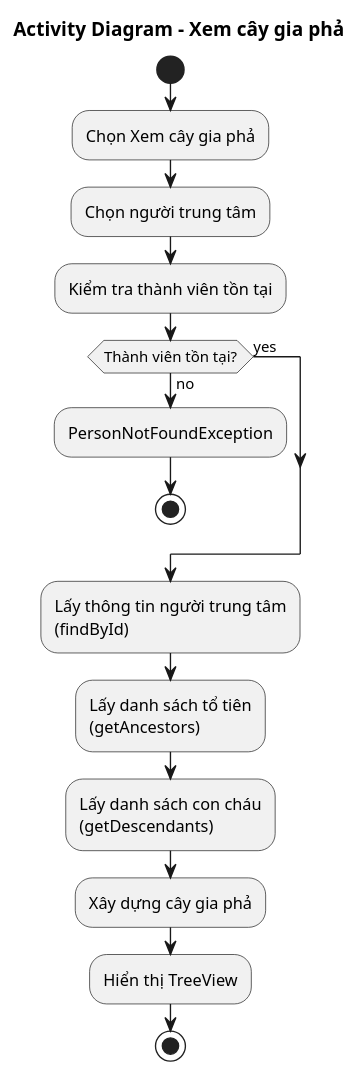
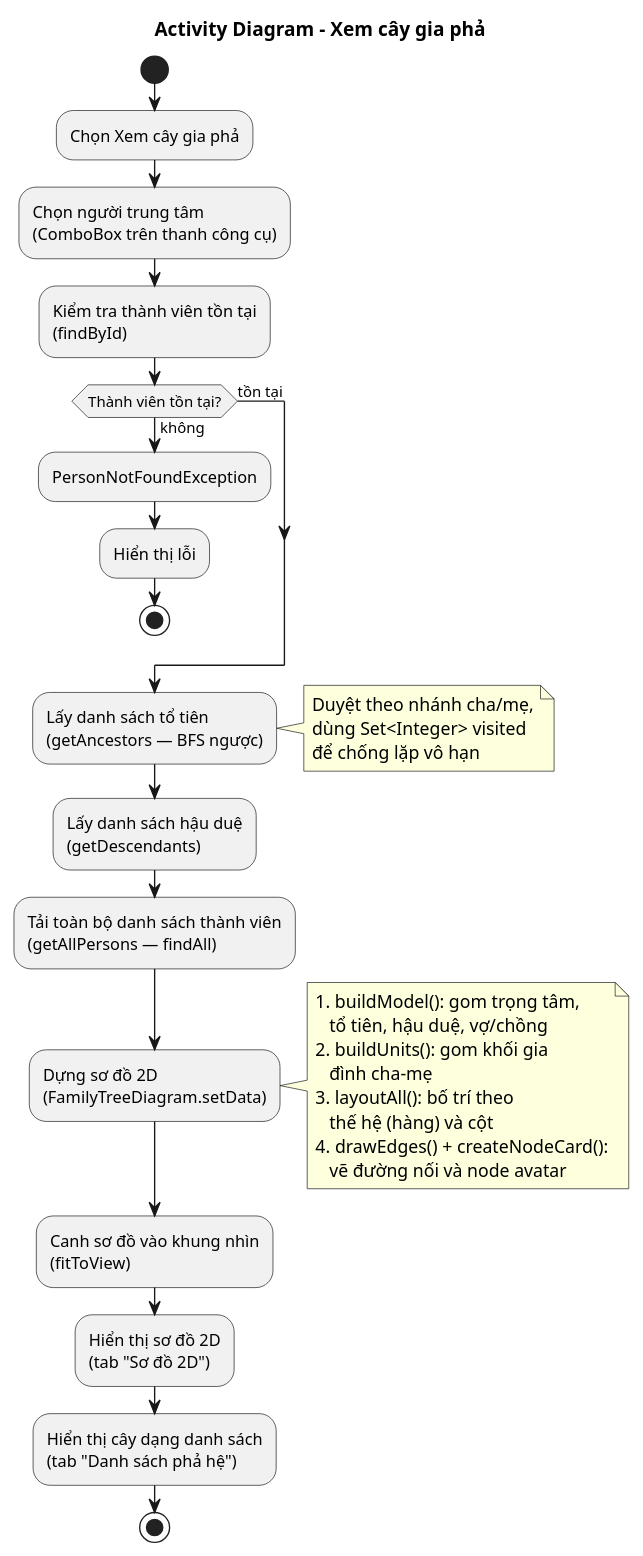
Before and after one commit to minhchien170704/do-an-gia-pha: the diagram in docs/uml/activity-family-tree.puml, drawn with PlantUML. The commit also changed 34 other files, not shown here.

```diff
--- a/docs/uml/activity-family-tree.puml
+++ b/docs/uml/activity-family-tree.puml
@@ -1,31 +1,51 @@
 @startuml activity-family-tree
 
 title Activity Diagram - Xem cây gia phả
 
 start
 
 :Chọn Xem cây gia phả;
 
-:Chọn người trung tâm;
+:Chọn người trung tâm\n(ComboBox trên thanh công cụ);
 
-:Kiểm tra thành viên tồn tại;
+:Kiểm tra thành viên tồn tại\n(findById);
 
-if (Thành viên tồn tại?) then (yes)
-else (no)
+if (Thành viên tồn tại?) then (tồn tại)
+else (không)
   :PersonNotFoundException;
+  :Hiển thị lỗi;
   stop
 endif
 
-:Lấy thông tin người trung tâm\n(findById);
+:Lấy danh sách tổ tiên\n(getAncestors — BFS ngược);
+note right
+  Duyệt theo nhánh cha/mẹ,
+  dùng Set<Integer> visited
+  để chống lặp vô hạn
+end note
 
-:Lấy danh sách tổ tiên\n(getAncestors);
+:Lấy danh sách hậu duệ\n(getDescendants);
 
-:Lấy danh sách con cháu\n(getDescendants);
+:Tải toàn bộ danh sách thành viên\n(getAllPersons — findAll);
 
-:Xây dựng cây gia phả;
+:Dựng sơ đồ 2D\n(FamilyTreeDiagram.setData);
+note right
+  1. buildModel(): gom trọng tâm,
+     tổ tiên, hậu duệ, vợ/chồng
+  2. buildUnits(): gom khối gia
+     đình cha–mẹ
+  3. layoutAll(): bố trí theo
+     thế hệ (hàng) và cột
+  4. drawEdges() + createNodeCard():
+     vẽ đường nối và node avatar
+end note
 
-:Hiển thị TreeView;
+:Canh sơ đồ vào khung nhìn\n(fitToView);
+
+:Hiển thị sơ đồ 2D\n(tab "Sơ đồ 2D");
+
+:Hiển thị cây dạng danh sách\n(tab "Danh sách phả hệ");
 
 stop
 
 @enduml
```
